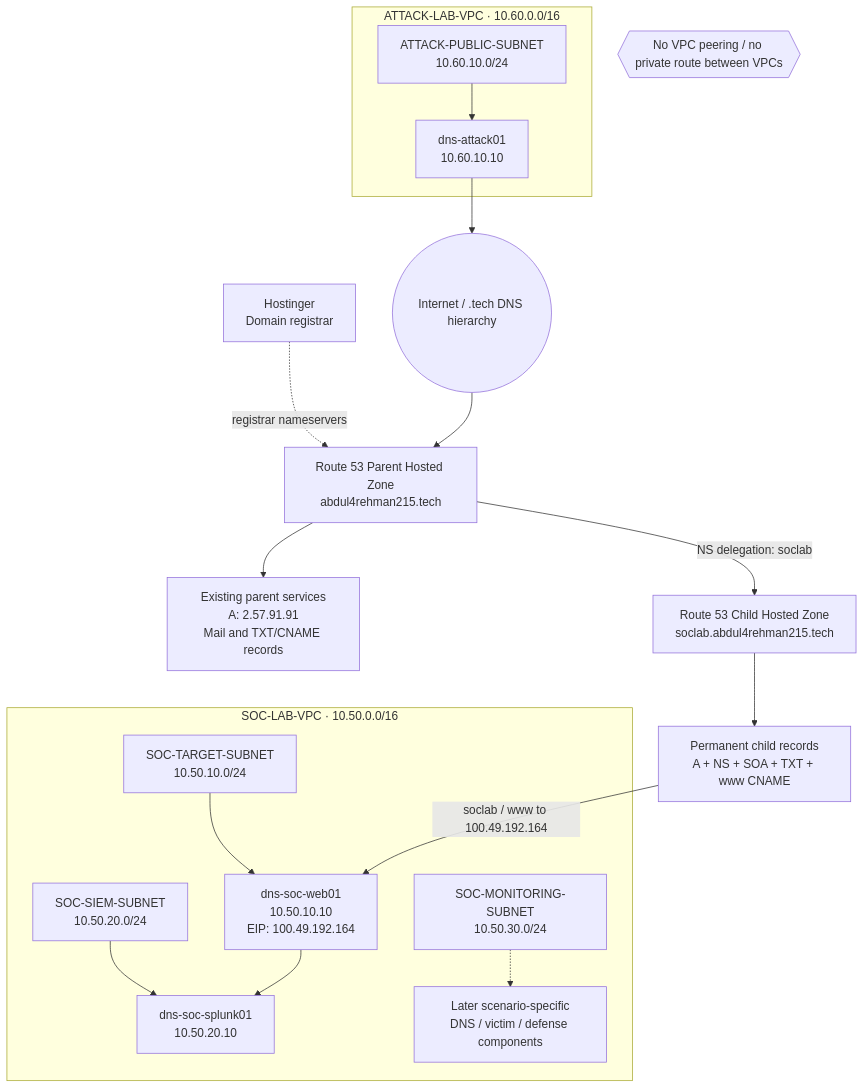
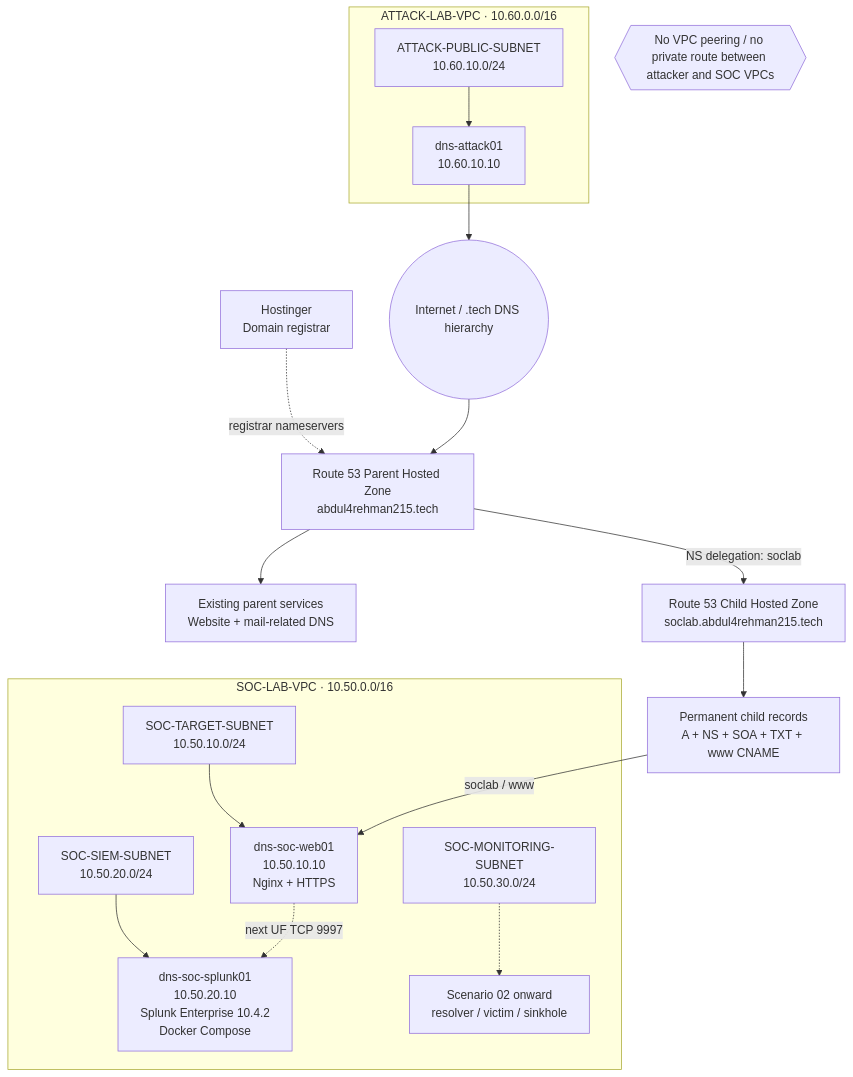
The diagram in README.md (DNS-SOC-Lab/DNS-Lab-Infrastructure), drawn with Mermaid before and after one commit. The commit also changed other lines of this file, not shown here.

````diff
--- a/README.md
+++ b/README.md
@@ -11,38 +11,38 @@
 ```mermaid
 flowchart TB
     Registrar[Hostinger<br/>Domain registrar]
     Internet((Internet / .tech DNS hierarchy))
 
     Parent[Route 53 Parent Hosted Zone<br/>abdul4rehman215.tech]
-    Existing[Existing parent services<br/>A: 2.57.91.91<br/>Mail and TXT/CNAME records]
+    Existing[Existing parent services<br/>Website + mail-related DNS]
     Child[Route 53 Child Hosted Zone<br/>soclab.abdul4rehman215.tech]
     ChildStatic[Permanent child records<br/>A + NS + SOA + TXT + www CNAME]
 
     subgraph ATTACK[ATTACK-LAB-VPC · 10.60.0.0/16]
         AS[ATTACK-PUBLIC-SUBNET<br/>10.60.10.0/24]
         A[dns-attack01<br/>10.60.10.10]
         AS --> A
     end
 
     subgraph SOC[SOC-LAB-VPC · 10.50.0.0/16]
         TS[SOC-TARGET-SUBNET<br/>10.50.10.0/24]
         SS[SOC-SIEM-SUBNET<br/>10.50.20.0/24]
         MS[SOC-MONITORING-SUBNET<br/>10.50.30.0/24]
-        W[dns-soc-web01<br/>10.50.10.10<br/>EIP: 100.49.192.164]
-        S[dns-soc-splunk01<br/>10.50.20.10]
+        W[dns-soc-web01<br/>10.50.10.10<br/>Nginx + HTTPS]
+        S[dns-soc-splunk01<br/>10.50.20.10<br/>Splunk Enterprise 10.4.2<br/>Docker Compose]
         TS --> W
         SS --> S
-        MS -.-> M[Later scenario-specific<br/>DNS / victim / defense components]
+        MS -.-> M[Scenario 02 onward<br/>resolver / victim / sinkhole]
     end
 
     Registrar -. registrar nameservers .-> Parent
     Internet --> Parent
     Parent --> Existing
     Parent -->|NS delegation: soclab| Child
     Child --> ChildStatic
-    ChildStatic -->|soclab / www to 100.49.192.164| W
+    ChildStatic -->|soclab / www| W
     A --> Internet
-    W --> S
+    W -. next UF TCP 9997 .-> S
 
-    X{{No VPC peering / no private route between VPCs}}
+    X{{No VPC peering / no private route between attacker and SOC VPCs}}
 ```
````
